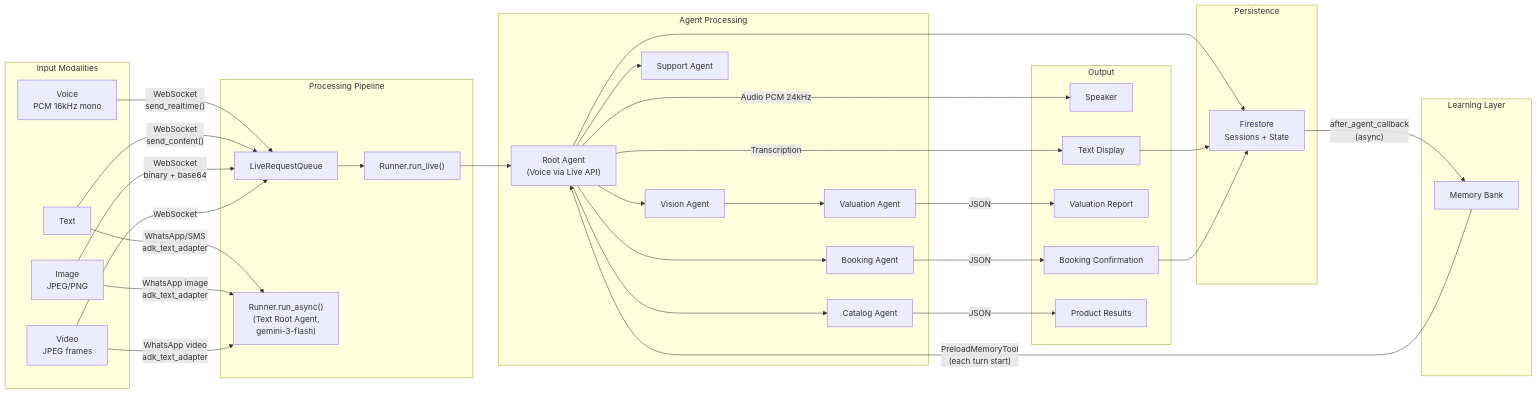
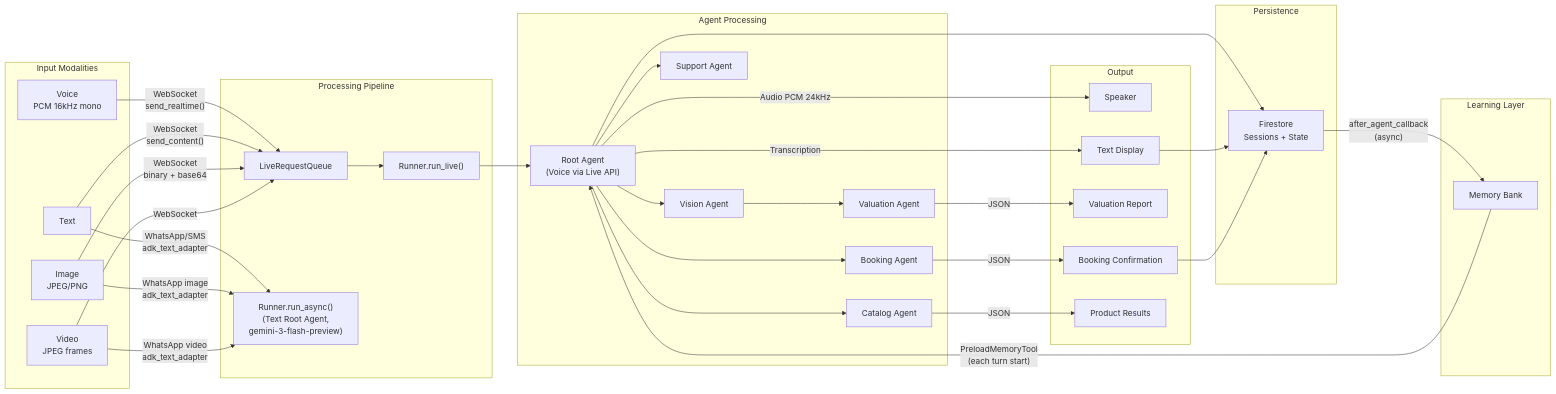
Before and after one commit to ogabasseyy/ekaette: the third of 4 diagrams in docs/architecture/01-core-platform.md, drawn with Mermaid. The commit also changed other lines of this file and 1 other file, not shown here.

Commit message:
Fix architecture diagram: consistent model name, TEXT_ROOT Firestore edge

````diff
--- a/docs/architecture/01-core-platform.md
+++ b/docs/architecture/01-core-platform.md
@@ -309,50 +310,50 @@
 ```mermaid
 graph LR
     subgraph "Input Modalities"
         VOICE["Voice<br/>PCM 16kHz mono"]
         IMAGE["Image<br/>JPEG/PNG"]
         VIDEO["Video<br/>JPEG frames"]
         TEXT["Text"]
     end
 
     subgraph "Processing Pipeline"
         VOICE -->|"WebSocket<br/>send_realtime()"| LRQ["LiveRequestQueue"]
         TEXT -->|"WebSocket<br/>send_content()"| LRQ
         IMAGE -->|"WebSocket<br/>binary + base64"| LRQ
         VIDEO -->|"WebSocket"| LRQ
 
         LRQ --> RUNNER["Runner.run_live()"]
 
-        TEXT -->|"WhatsApp/SMS<br/>adk_text_adapter"| RUNNER2["Runner.run_async()<br/>(Text Root Agent,<br/>gemini-3-flash)"]
+        TEXT -->|"WhatsApp/SMS<br/>adk_text_adapter"| RUNNER2["Runner.run_async()<br/>(Text Root Agent,<br/>gemini-3-flash-preview)"]
         IMAGE -->|"WhatsApp image<br/>adk_text_adapter"| RUNNER2
         VIDEO -->|"WhatsApp video<br/>adk_text_adapter"| RUNNER2
     end
 
     subgraph "Agent Processing"
         RUNNER --> ROOT["Root Agent<br/>(Voice via Live API)"]
         ROOT --> VA["Vision Agent"]
         ROOT --> BA["Booking Agent"]
         ROOT --> CA["Catalog Agent"]
         ROOT --> SA["Support Agent"]
         VA --> VLA["Valuation Agent"]
     end
 
     subgraph "Output"
         ROOT -->|"Audio PCM 24kHz"| SPEAKER["Speaker"]
         ROOT -->|"Transcription"| TRANSCRIPT["Text Display"]
         VLA -->|"JSON"| REPORT["Valuation Report"]
         BA -->|"JSON"| CONFIRM["Booking Confirmation"]
         CA -->|"JSON"| RESULTS["Product Results"]
     end
 
     subgraph "Persistence"
         ROOT --> FS["Firestore<br/>Sessions + State"]
         TRANSCRIPT --> FS
         CONFIRM --> FS
     end
 
     subgraph "Learning Layer"
         FS -->|"after_agent_callback<br/>(async)"| MB2["Memory Bank"]
         MB2 -->|"PreloadMemoryTool<br/>(each turn start)"| ROOT
     end
 ```
````
